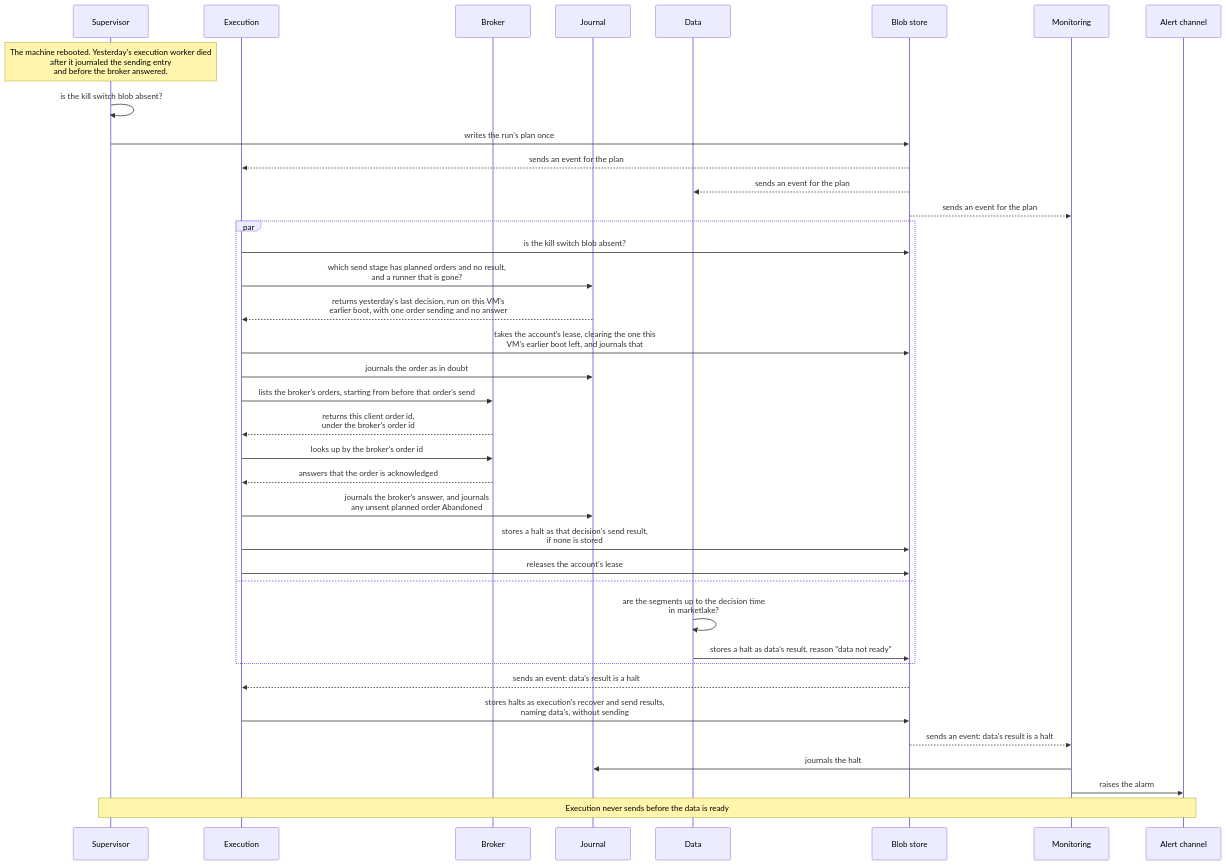
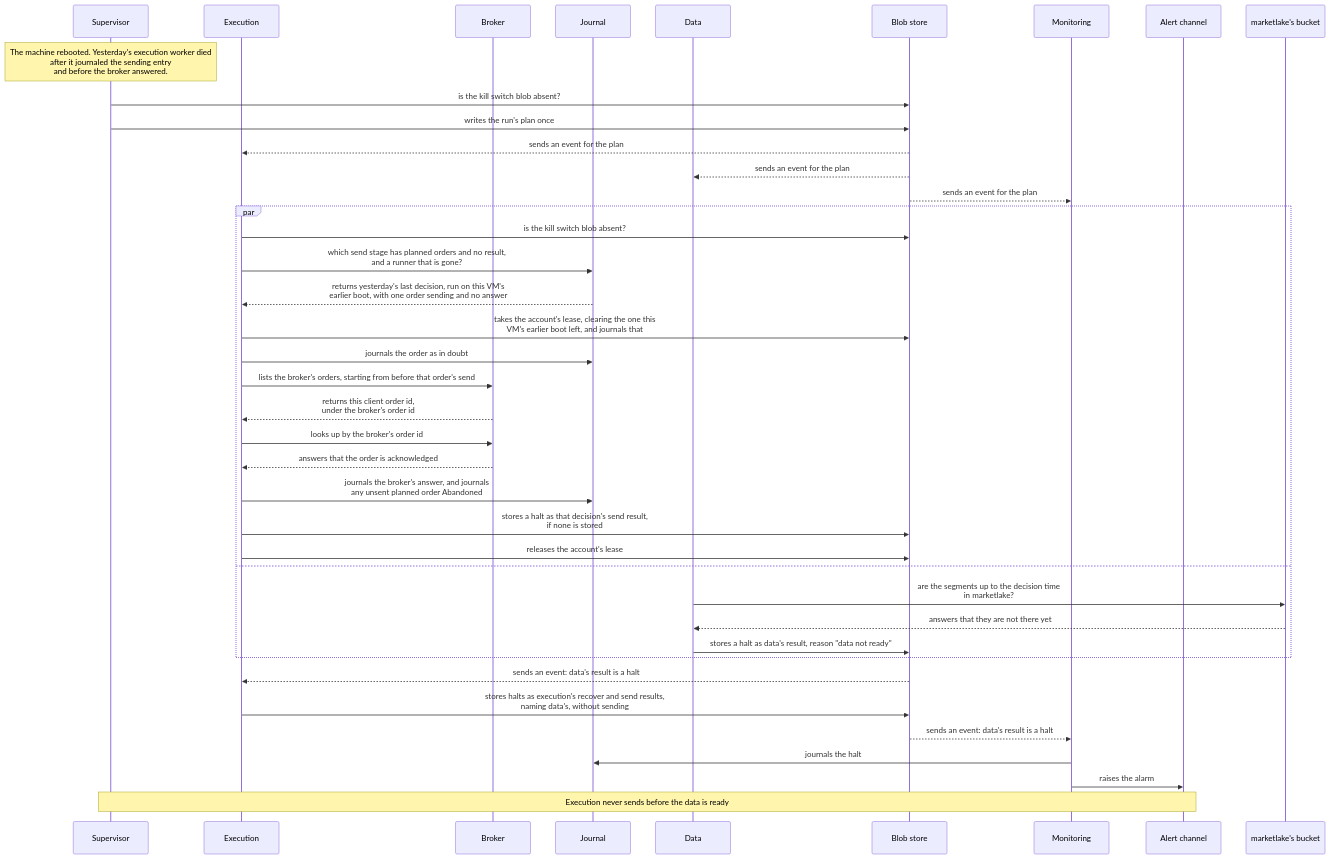
Before and after one commit to l3a0/ithildin-runtime: diagram 12 of 18 in docs/architecture/06-runtime.md, drawn with Mermaid. The commit also changed other lines of this file and 9 other files, not shown here.

````diff
--- a/docs/architecture/06-runtime.md
+++ b/docs/architecture/06-runtime.md
@@ -652,41 +736,43 @@
 ```mermaid
 sequenceDiagram
     participant V as Supervisor
     participant X as Execution
     participant B as Broker
     participant J as Journal
     participant D as Data
     participant F as Blob store
     participant M as Monitoring
     participant L as Alert channel
+    participant ML as marketlake's bucket
 
     Note over V: The machine rebooted. Yesterday's execution worker died<br/>after it journaled the sending entry<br/>and before the broker answered.
-    V->>V: is the kill switch blob absent?
+    V->>F: is the kill switch blob absent?
     V->>F: writes the run's plan once
     F-->>X: sends an event for the plan
     F-->>D: sends an event for the plan
     F-->>M: sends an event for the plan
     par
         X->>F: is the kill switch blob absent?
         X->>J: which send stage has planned orders and no result,<br/>and a runner that is gone?
         J-->>X: returns yesterday's last decision, run on this VM's<br/>earlier boot, with one order sending and no answer
         X->>F: takes the account's lease, clearing the one this<br/>VM's earlier boot left, and journals that
         X->>J: journals the order as in doubt
         X->>B: lists the broker's orders, starting from before that order's send
         B-->>X: returns this client order id,<br/>under the broker's order id
         X->>B: looks up by the broker's order id
         B-->>X: answers that the order is acknowledged
         X->>J: journals the broker's answer, and journals<br/>any unsent planned order Abandoned
         X->>F: stores a halt as that decision's send result,<br/>if none is stored
         X->>F: releases the account's lease
     and
-        D->>D: are the segments up to the decision time<br/>in marketlake?
+        D->>ML: are the segments up to the decision time<br/>in marketlake?
+        ML-->>D: answers that they are not there yet
         D->>F: stores a halt as data's result, reason "data not ready"
     end
     F-->>X: sends an event: data's result is a halt
     X->>F: stores halts as execution's recover and send results,<br/>naming data's, without sending
     F-->>M: sends an event: data's result is a halt
     M->>J: journals the halt
     M->>L: raises the alarm
     Note over V,L: Execution never sends before the data is ready
 ```
````
